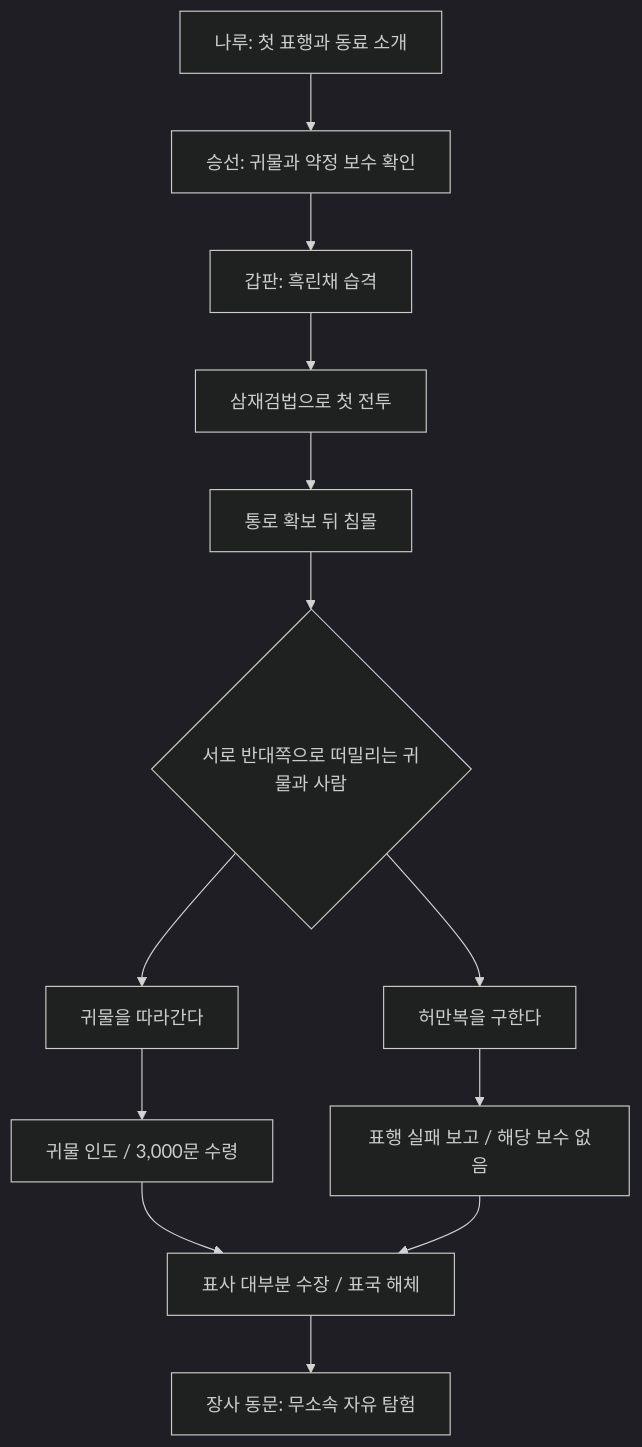
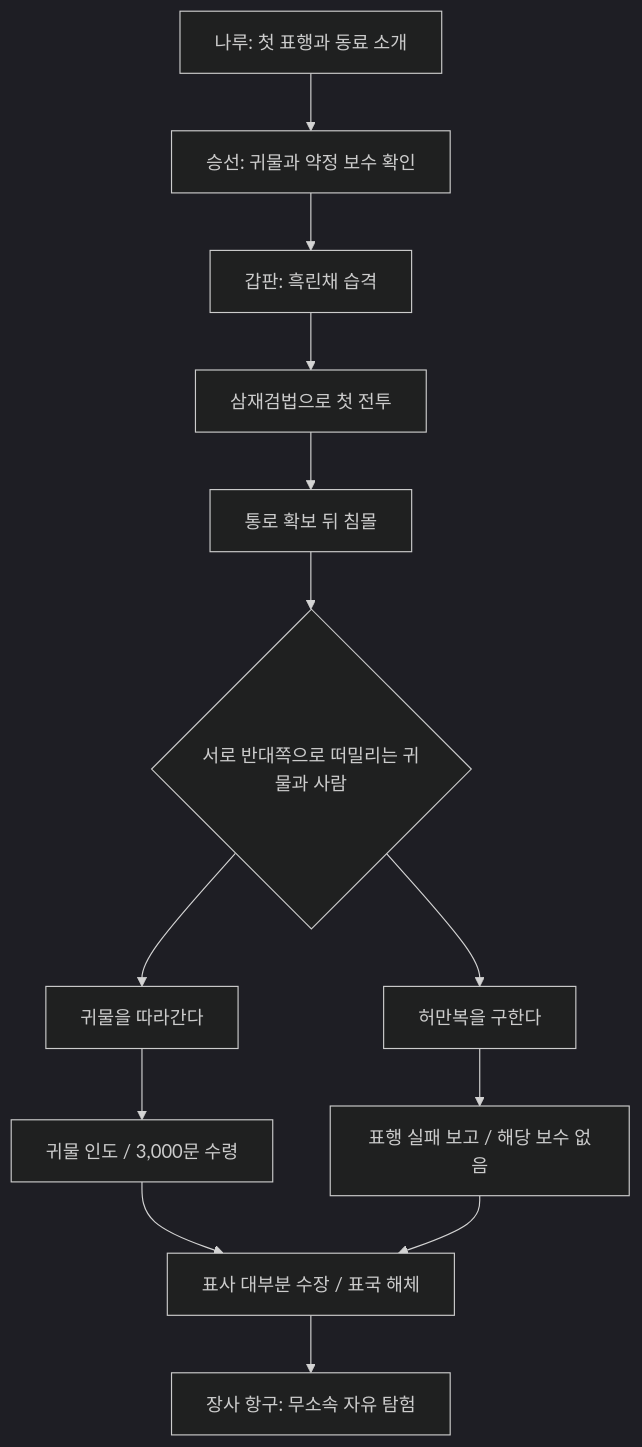
The diagram in docs/story/chapter-00-dialogues.md (UTopia0525/-), drawn with Mermaid (dark theme) before and after one commit. The commit also changed other lines of this file and 27 other files, not shown here.

````diff
--- a/docs/story/chapter-00-dialogues.md
+++ b/docs/story/chapter-00-dialogues.md
@@ -31,15 +31,15 @@
 ```mermaid
 flowchart TD
     A[나루: 첫 표행과 동료 소개] --> B[승선: 귀물과 약정 보수 확인]
     B --> C[갑판: 흑린채 습격]
     C --> D[삼재검법으로 첫 전투]
     D --> E[통로 확보 뒤 침몰]
     E --> F{서로 반대쪽으로 떠밀리는 귀물과 사람}
     F --> G[귀물을 따라간다]
     F --> H[허만복을 구한다]
     G --> I[귀물 인도 / 3,000문 수령]
     H --> J[표행 실패 보고 / 해당 보수 없음]
     I --> K[표사 대부분 수장 / 표국 해체]
     J --> K
-    K --> L[장사 동문: 무소속 자유 탐험]
+    K --> L[장사 항구: 무소속 자유 탐험]
 ```
````
